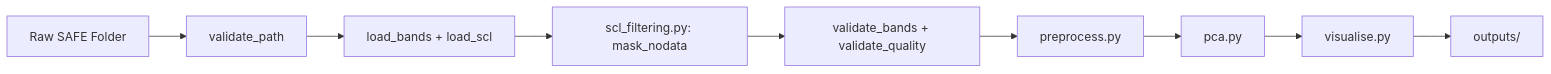
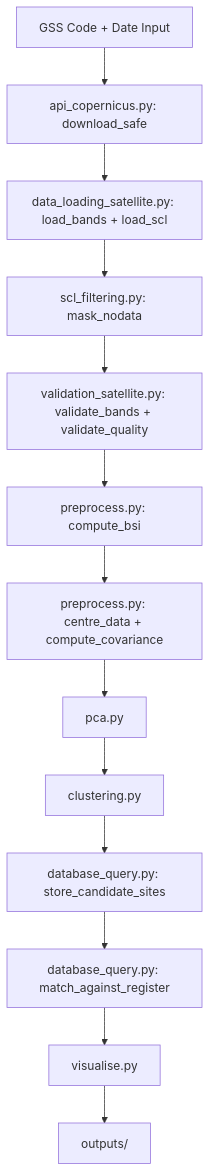
Before and after one commit to LukeWardle/sentinel2-brownfield-stoke: the first of 2 diagrams in DESIGN.md, drawn with Mermaid. The commit also changed other lines of this file, not shown here.

Commit message:
docs: major Version 2 architecture update - database design, module restructure, pipeline flows, updated risks and success criteria

````diff
--- a/DESIGN.md
+++ b/DESIGN.md
@@ -81,11 +106,15 @@
 ```mermaid
-graph LR
-    A[Raw SAFE Folder] --> B[validate_path]
-    B --> C[load_bands + load_scl]
+graph TD
+    A[GSS Code + Date Input] --> B[api_copernicus.py: download_safe]
+    B --> C[data_loading_satellite.py: load_bands + load_scl]
     C --> D[scl_filtering.py: mask_nodata]
-    D --> E[validate_bands + validate_quality]
-    E --> F[preprocess.py]
-    F --> G[pca.py]
-    G --> H[visualise.py]
-    H --> I[outputs/]
+    D --> E[validation_satellite.py: validate_bands + validate_quality]
+    E --> F[preprocess.py: compute_bsi]
+    F --> G[preprocess.py: centre_data + compute_covariance]
+    G --> H[pca.py]
+    H --> I[clustering.py]
+    I --> J[database_query.py: store_candidate_sites]
+    J --> K[database_query.py: match_against_register]
+    K --> L[visualise.py]
+    L --> M[outputs/]
 ```
````
